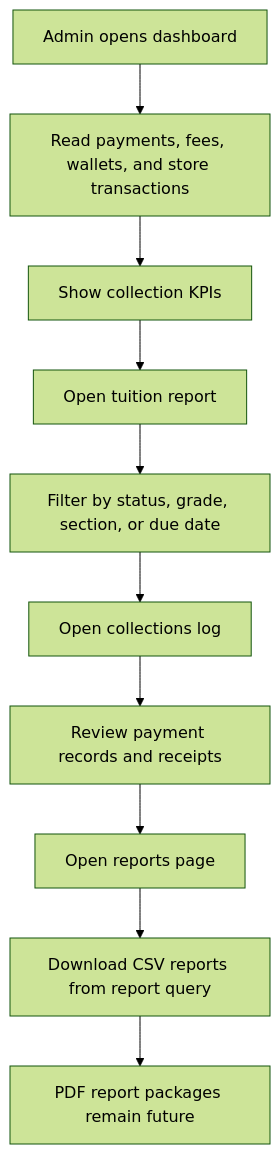
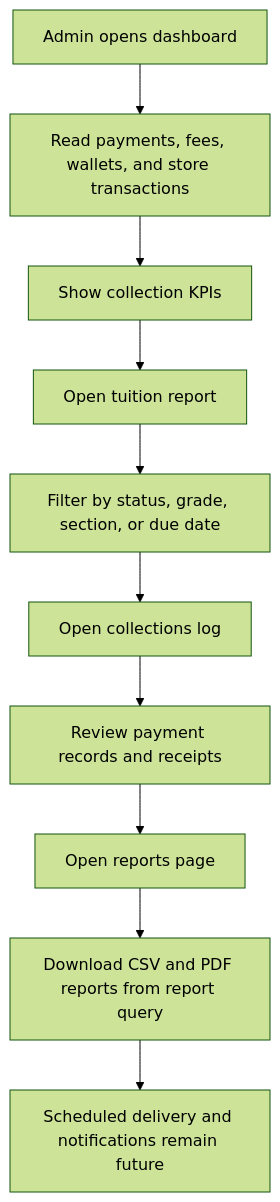
One commit to Xeyn19/xmetapay changed the fourth of 7 diagrams in docs/DATABASE_SCHEMA_PLAN.md. Above: the diagram before and after it, drawn with Mermaid (forest theme). The commit also changed other lines of this file and 31 other files, not shown here.

````diff
--- a/docs/DATABASE_SCHEMA_PLAN.md
+++ b/docs/DATABASE_SCHEMA_PLAN.md
@@ -637,12 +637,12 @@
 ```mermaid
 flowchart TD
   A["Admin opens dashboard"] --> B["Read payments, fees, wallets, and store transactions"]
   B --> C["Show collection KPIs"]
   C --> D["Open tuition report"]
   D --> E["Filter by status, grade, section, or due date"]
   E --> F["Open collections log"]
   F --> G["Review payment records and receipts"]
   G --> H["Open reports page"]
-  H --> I["Download CSV reports from report query"]
-  I --> J["PDF report packages remain future"]
+  H --> I["Download CSV and PDF reports from report query"]
+  I --> J["Scheduled delivery and notifications remain future"]
 ```
````
